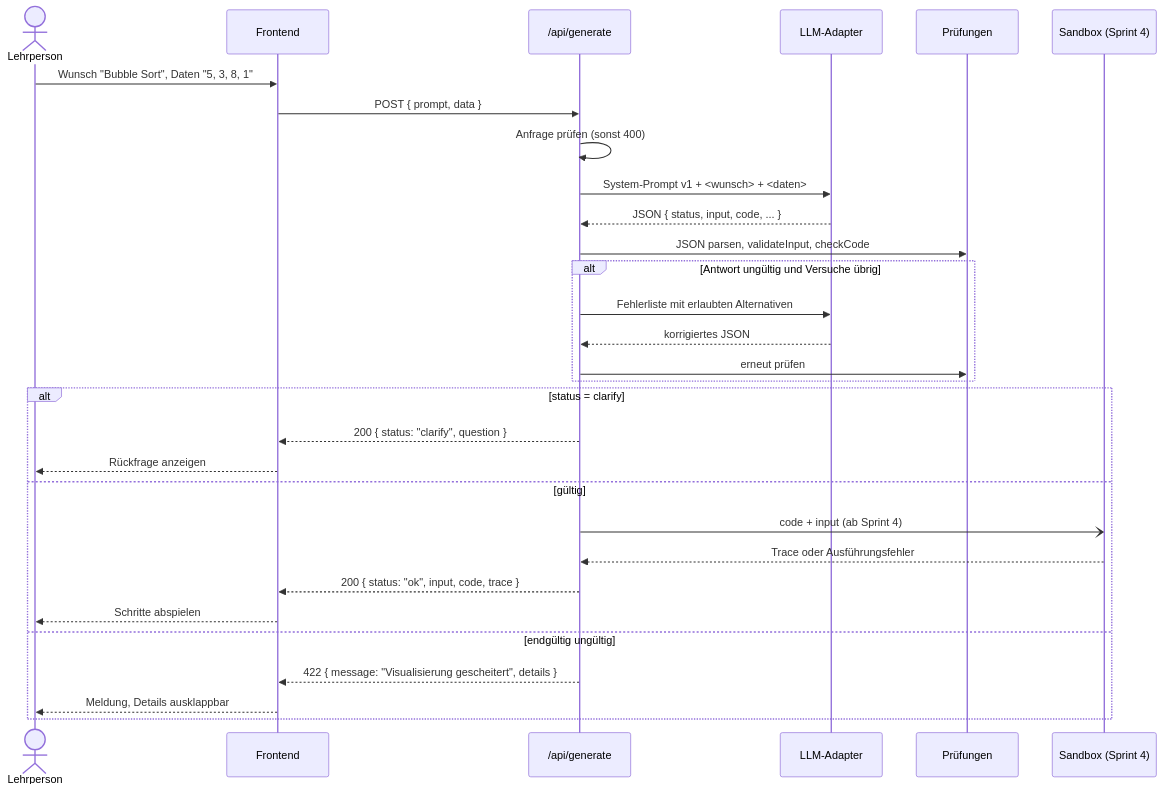
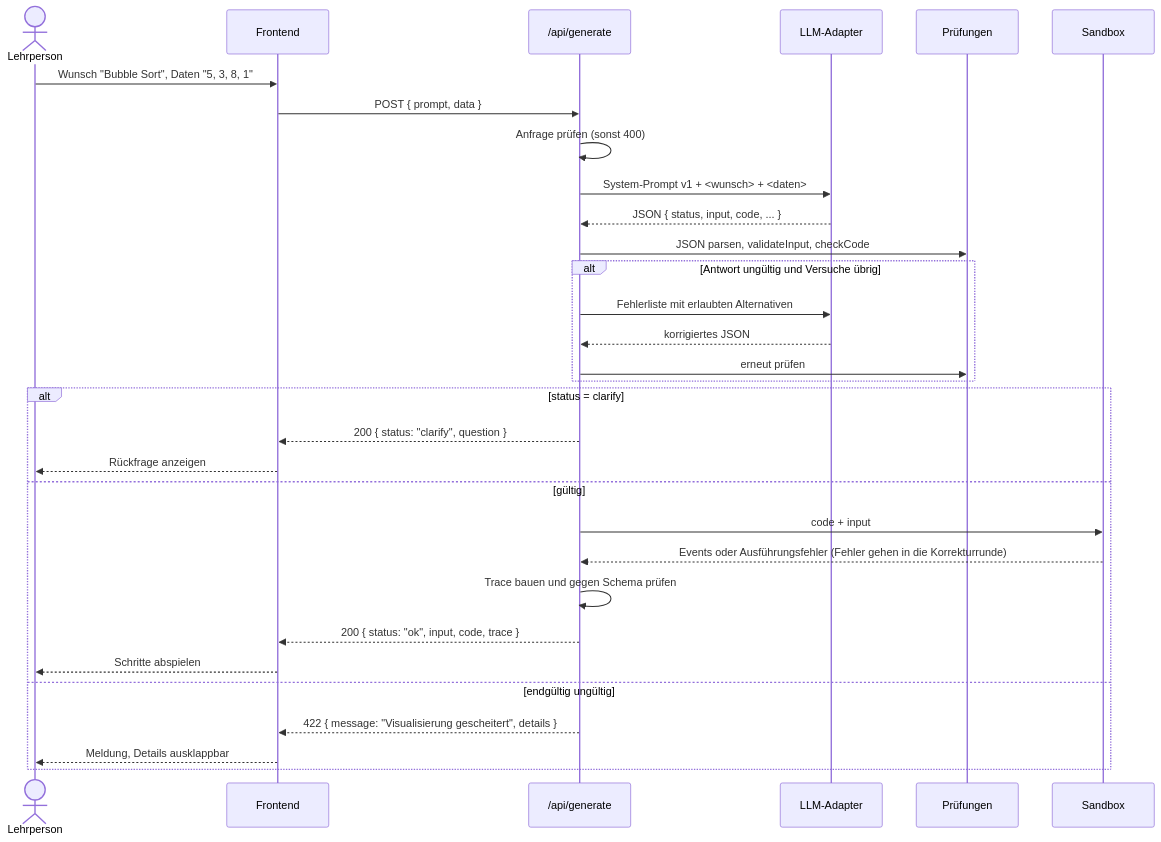
One commit to ts-technikum/sepj-ws26 changed the second of 3 diagrams in docs/architektur-sprint3.md. Above: the diagram before and after it, drawn with Mermaid. The commit also changed other lines of this file and 12 other files, not shown here.

First line of the commit message:
feat(api): Sandbox mit QuickJS im worker_thread, Trace in /api/generate

````diff
--- a/docs/architektur-sprint3.md
+++ b/docs/architektur-sprint3.md
@@ -77,33 +77,34 @@
 ```mermaid
 sequenceDiagram
   actor L as Lehrperson
   participant W as Frontend
   participant A as /api/generate
   participant M as LLM-Adapter
   participant P as Prüfungen
-  participant S as Sandbox (Sprint 4)
+  participant S as Sandbox
 
   L->>W: Wunsch "Bubble Sort", Daten "5, 3, 8, 1"
   W->>A: POST { prompt, data }
   A->>A: Anfrage prüfen (sonst 400)
   A->>M: System-Prompt v1 + <wunsch> + <daten>
   M-->>A: JSON { status, input, code, ... }
   A->>P: JSON parsen, validateInput, checkCode
   alt Antwort ungültig und Versuche übrig
     A->>M: Fehlerliste mit erlaubten Alternativen
     M-->>A: korrigiertes JSON
     A->>P: erneut prüfen
   end
   alt status = clarify
     A-->>W: 200 { status: "clarify", question }
     W-->>L: Rückfrage anzeigen
   else gültig
-    A-)S: code + input (ab Sprint 4)
-    S-->>A: Trace oder Ausführungsfehler
+    A->>S: code + input
+    S-->>A: Events oder Ausführungsfehler (Fehler gehen in die Korrekturrunde)
+    A->>A: Trace bauen und gegen Schema prüfen
     A-->>W: 200 { status: "ok", input, code, trace }
     W-->>L: Schritte abspielen
   else endgültig ungültig
     A-->>W: 422 { message: "Visualisierung gescheitert", details }
     W-->>L: Meldung, Details ausklappbar
   end
 ```
````
